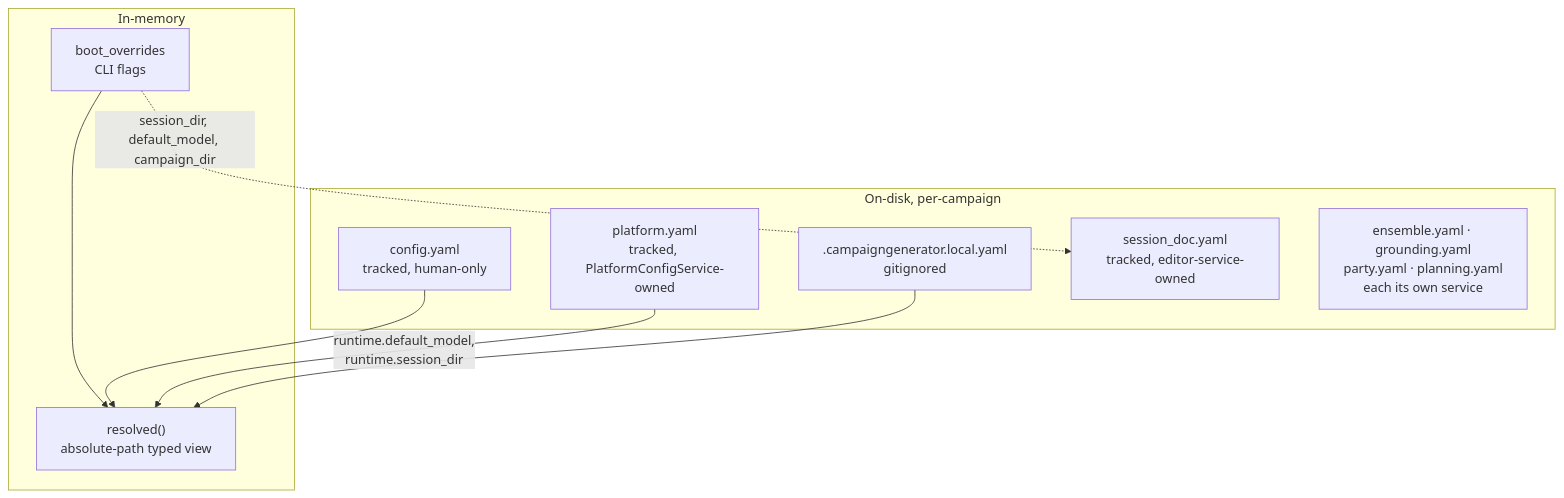
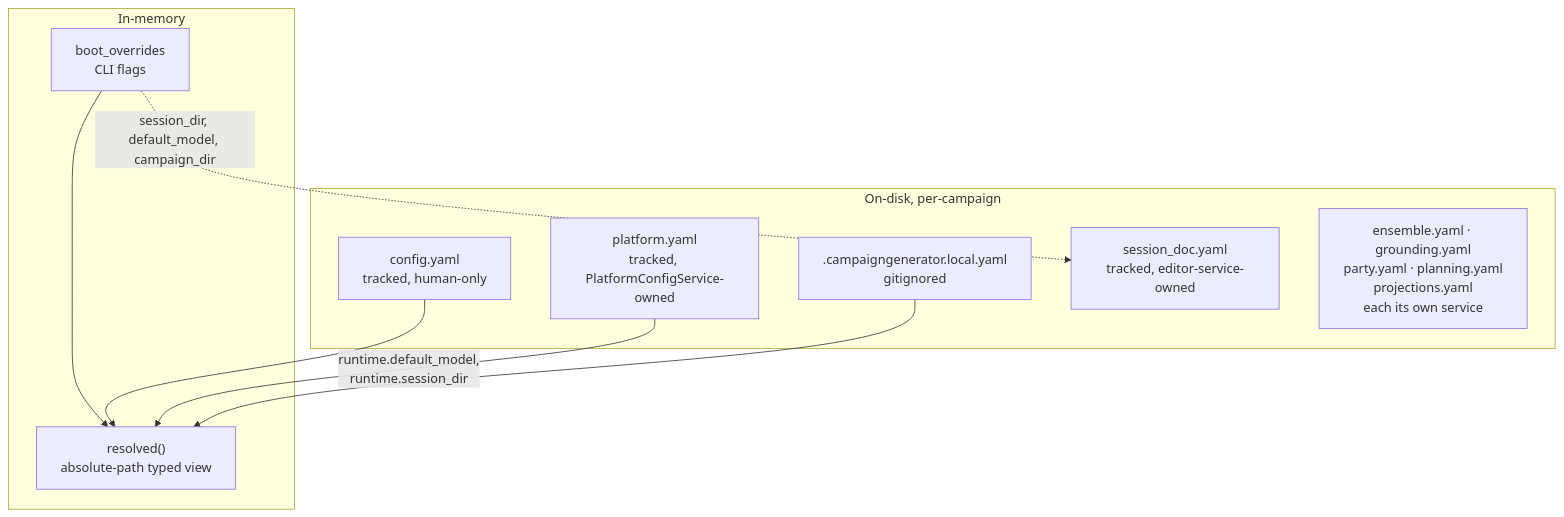
Before and after one commit to kostadis/CampaignGenerator: the diagram in docs/config/schema.md, drawn with Mermaid. The commit also changed other lines of this file and 8 other files, not shown here.

````diff
--- a/docs/config/schema.md
+++ b/docs/config/schema.md
@@ -19,19 +19,19 @@
 ```mermaid
 flowchart TB
   subgraph disk[On-disk, per-campaign]
     CY["config.yaml<br/>tracked, human-only"]
     PY["platform.yaml<br/>tracked, PlatformConfigService-owned"]
     LC[".campaigngenerator.local.yaml<br/>gitignored"]
     SD["session_doc.yaml<br/>tracked, editor-service-owned"]
-    EN["ensemble.yaml · grounding.yaml<br/>party.yaml · planning.yaml<br/>each its own service"]
+    EN["ensemble.yaml · grounding.yaml<br/>party.yaml · planning.yaml<br/>projections.yaml<br/>each its own service"]
   end
   subgraph mem[In-memory]
     BO["boot_overrides<br/>CLI flags"]
     RES["resolved()<br/>absolute-path typed view"]
   end
   CY --> RES
   PY -->|runtime.default_model,<br/>runtime.session_dir| RES
   BO --> RES
   LC --> RES
   BO -.->|session_dir, default_model, campaign_dir| SD
 ```
````
